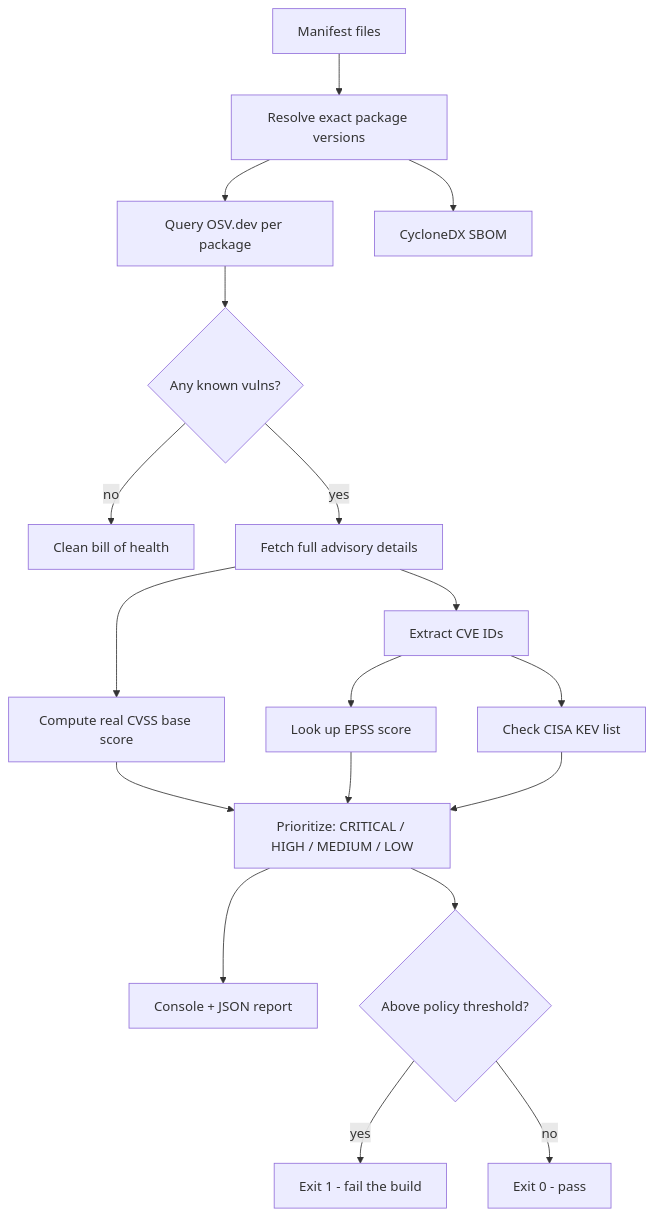
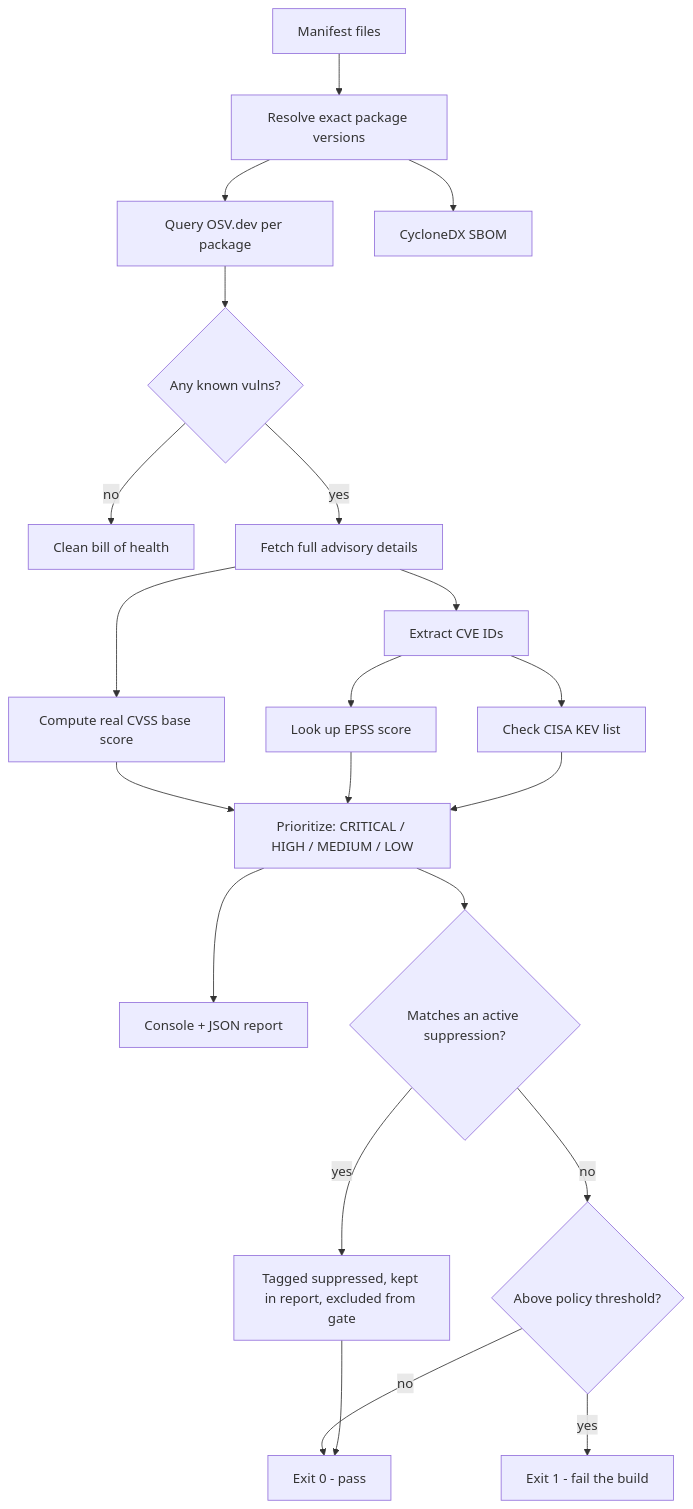
Before and after one commit to yogi1700/SupplyChainX: the diagram in README.md, drawn with Mermaid. The commit also changed other lines of this file and 20 other files, not shown here.

````diff
--- a/README.md
+++ b/README.md
@@ -20,20 +21,23 @@
 ```mermaid
 flowchart TD
     A[Manifest files] --> B[Resolve exact package versions]
     B --> C[Query OSV.dev per package]
     C --> D{Any known vulns?}
     D -- no --> E[Clean bill of health]
     D -- yes --> F[Fetch full advisory details]
     F --> G[Compute real CVSS base score]
     F --> H[Extract CVE IDs]
     H --> I[Look up EPSS score]
     H --> J[Check CISA KEV list]
     G --> K[Prioritize: CRITICAL / HIGH / MEDIUM / LOW]
     I --> K
     J --> K
     K --> L[Console + JSON report]
     B --> M[CycloneDX SBOM]
-    K --> N{Above policy threshold?}
+    K --> S{Matches an active suppression?}
+    S -- yes --> T[Tagged suppressed, kept in report, excluded from gate]
+    S -- no --> N{Above policy threshold?}
     N -- yes --> O[Exit 1 - fail the build]
     N -- no --> P[Exit 0 - pass]
+    T --> P
 ```
````
